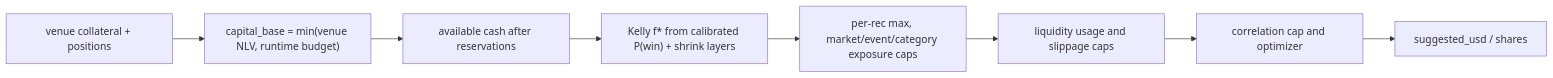
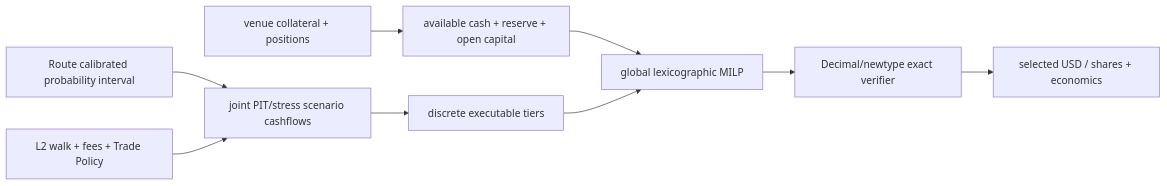
One commit to solomon-ssy/oxide-arb changed the third of 3 diagrams in docs/operations/runbook.md. Above: the diagram before and after it, drawn with Mermaid. The commit also changed other lines of this file and 438 other files, not shown here.

Commit message:
feat(core,models,research,repository,migration,api,web,system-tests,xtask,docs,ui): 🧮 Cut over to HiGHS global portfolio, mixed-route reports, and descriptor-backed deploy/runtime config

````diff
--- a/docs/operations/runbook.md
+++ b/docs/operations/runbook.md
@@ -1252,10 +1261,11 @@
 ```mermaid
 flowchart LR
-    A["venue collateral + positions"] --> B["capital_base = min(venue NLV, runtime budget)"]
-    B --> C["available cash after reservations"]
-    C --> D["Kelly f* from calibrated P(win) + shrink layers"]
-    D --> E["per-rec max, market/event/category exposure caps"]
-    E --> F["liquidity usage and slippage caps"]
-    F --> G["correlation cap and optimizer"]
-    G --> H["suggested_usd / shares"]
+    A["venue collateral + positions"] --> B["available cash + reserve + open capital"]
+    C["Route calibrated probability interval"] --> D["joint PIT/stress scenario cashflows"]
+    E["L2 walk + fees + Trade Policy"] --> D
+    D --> F["discrete executable tiers"]
+    B --> G["global lexicographic MILP"]
+    F --> G
+    G --> H["Decimal/newtype exact verifier"]
+    H --> I["selected USD / shares + economics"]
 ```
````
